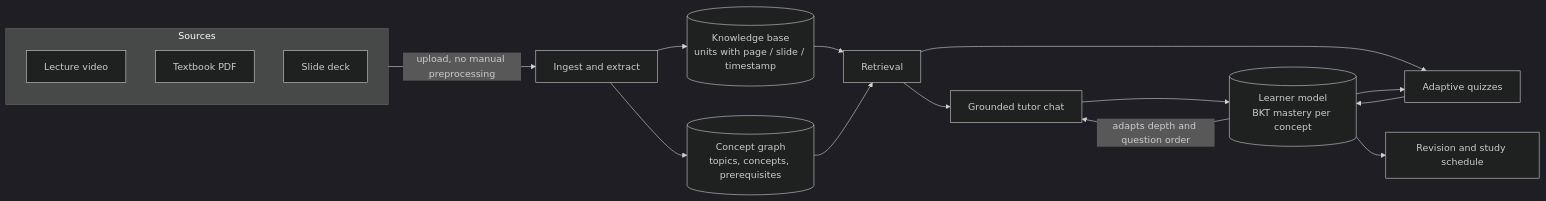
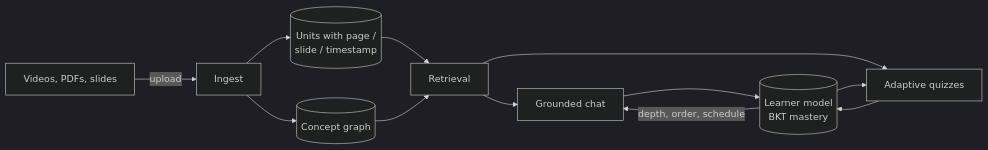
One commit to Aryan1092raj/Loopers changed the first of 5 diagrams in README.md. Above: the diagram before and after it, drawn with Mermaid (dark theme). The commit also changed other lines of this file, not shown here.

````diff
--- a/README.md
+++ b/README.md
@@ -27,20 +11,14 @@
 ```mermaid
 flowchart LR
-    subgraph Sources
-        V[Lecture video]
-        T[Textbook PDF]
-        S[Slide deck]
-    end
-    Sources -->|upload, no manual preprocessing| I[Ingest and extract]
-    I --> KB[(Knowledge base<br/>units with page / slide / timestamp)]
-    I --> CG[(Concept graph<br/>topics, concepts, prerequisites)]
+    S[Videos, PDFs, slides] -->|upload| I[Ingest]
+    I --> KB[(Units with page /<br/>slide / timestamp)]
+    I --> CG[(Concept graph)]
     KB --> R[Retrieval]
     CG --> R
-    R --> Chat[Grounded tutor chat]
+    R --> Chat[Grounded chat]
     R --> Quiz[Adaptive quizzes]
-    Chat --> LM[(Learner model<br/>BKT mastery per concept)]
+    Chat --> LM[(Learner model<br/>BKT mastery)]
     Quiz --> LM
-    LM -->|adapts depth and question order| Chat
+    LM -->|depth, order, schedule| Chat
     LM --> Quiz
-    LM --> Plan[Revision and study schedule]
 ```
````
